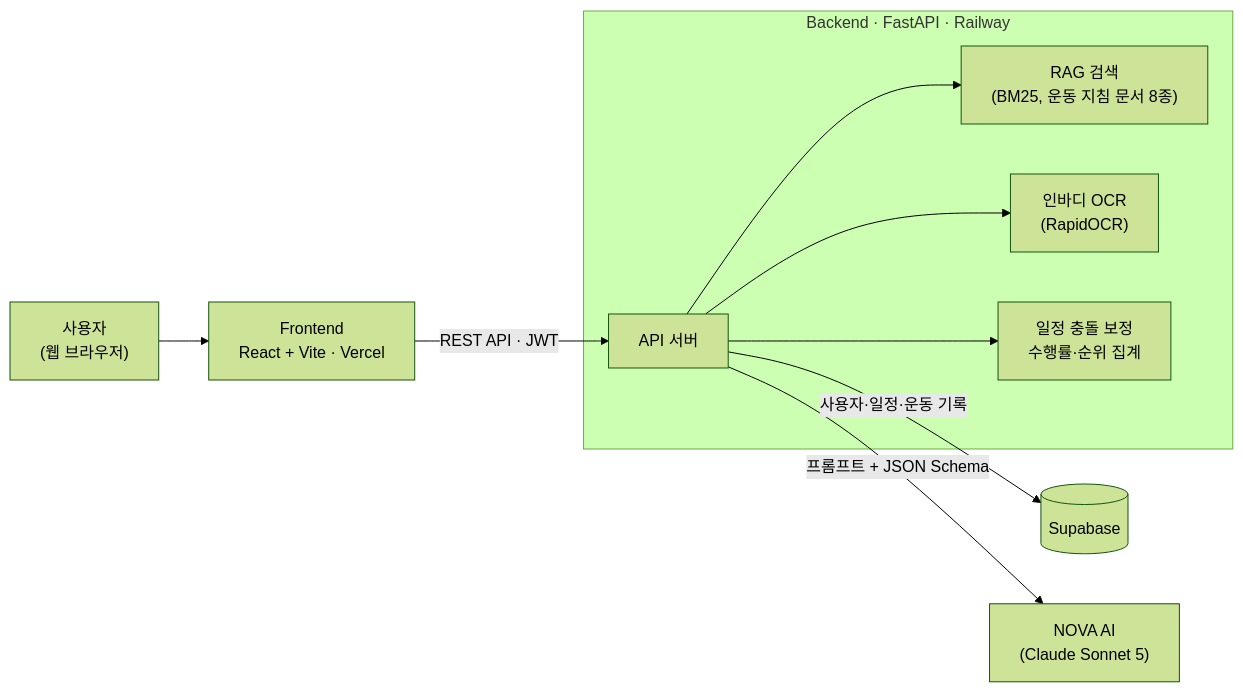
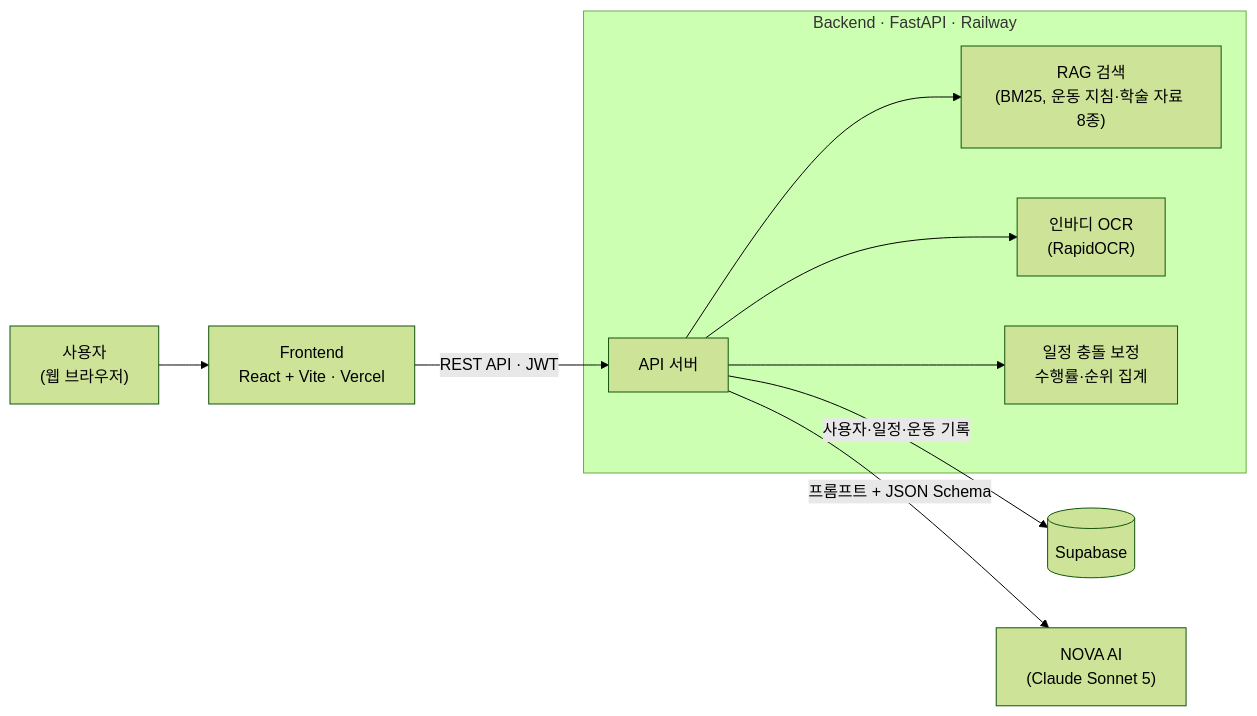
The diagram in README.md (woowangthon/WOOWANGTHON_TEAM_09_DOCS), drawn with Mermaid (forest theme) before and after one commit. The commit also changed other lines of this file, not shown here.

````diff
--- a/README.md
+++ b/README.md
@@ -110,12 +110,12 @@
 ```mermaid
 flowchart LR
     U["사용자<br/>(웹 브라우저)"] --> FE["Frontend<br/>React + Vite · Vercel"]
     FE -->|REST API · JWT| API
     subgraph BE["Backend · FastAPI · Railway"]
-        API["API 서버"] --> RAG["RAG 검색<br/>(BM25, 운동 지침 문서 8종)"]
+        API["API 서버"] --> RAG["RAG 검색<br/>(BM25, 운동 지침·학술 자료 8종)"]
         API --> OCR["인바디 OCR<br/>(RapidOCR)"]
         API --> FIX["일정 충돌 보정<br/>수행률·순위 집계"]
     end
     API -->|사용자·일정·운동 기록| DB[("Supabase")]
     API -->|프롬프트 + JSON Schema| AI["NOVA AI<br/>(Claude Sonnet 5)"]
 ```
````
